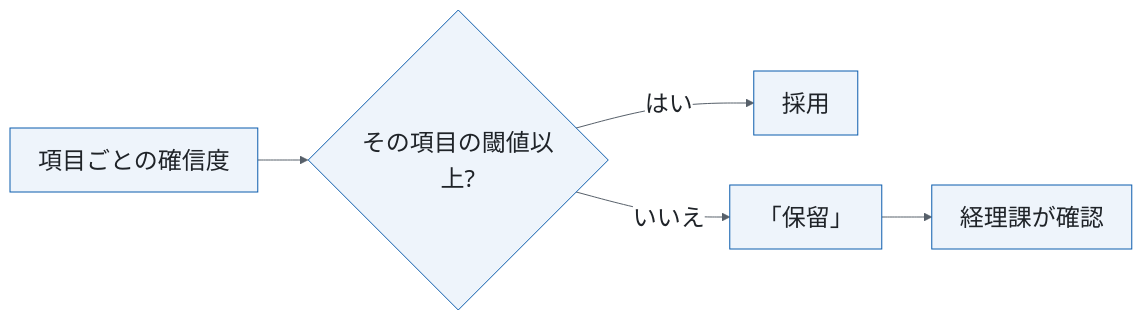
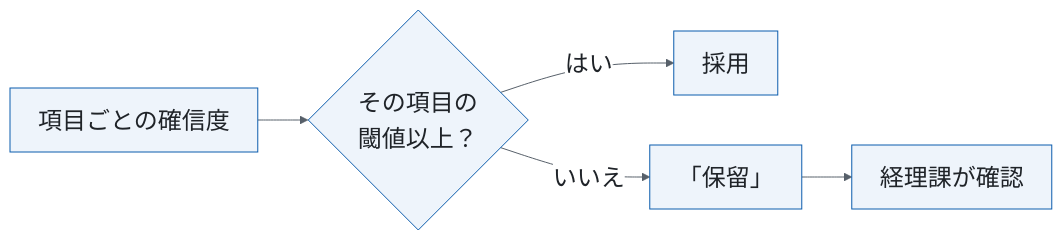
Before and after one commit to spin-glass/tool-slides: the diagram in decks/2026-10-01-invoice-ocr-confirm/index.qmd, drawn with Mermaid. The commit also changed 8 other files, not shown here.

````diff
--- a/decks/2026-10-01-invoice-ocr-confirm/index.qmd
+++ b/decks/2026-10-01-invoice-ocr-confirm/index.qmd
@@ -262,9 +262,9 @@
 ```{mermaid}
 %%| fig-width: 11
 %%{init: {"theme": "base", "themeVariables": {"fontSize": "24px", "fontFamily": "Hiragino Sans, Noto Sans JP, sans-serif", "primaryColor": "#eef4fb", "primaryBorderColor": "#0b5cad", "primaryTextColor": "#1f2328", "lineColor": "#57606a", "edgeLabelBackground": "#ffffff", "taskBkgColor": "#eef4fb", "taskBorderColor": "#0b5cad", "taskTextColor": "#1f2328", "critBkgColor": "#b35900", "critBorderColor": "#b35900", "gridColor": "#d0d7de", "sectionBkgColor": "#ffffff"}, "flowchart": {"padding": 14}}}%%
 flowchart LR
-  A[項目ごとの確信度] --> B{その項目の閾値以上?}
+  A[項目ごとの確信度] --> B{その項目の<br>閾値以上？}
   B -->|はい| C[採用]
   B -->|いいえ| D[「保留」]
   D --> E[経理課が確認]
 ```
````
